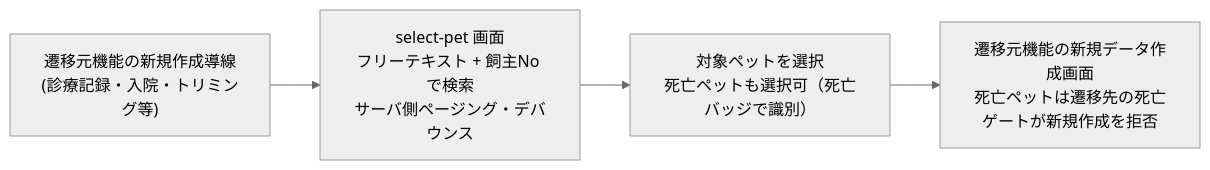
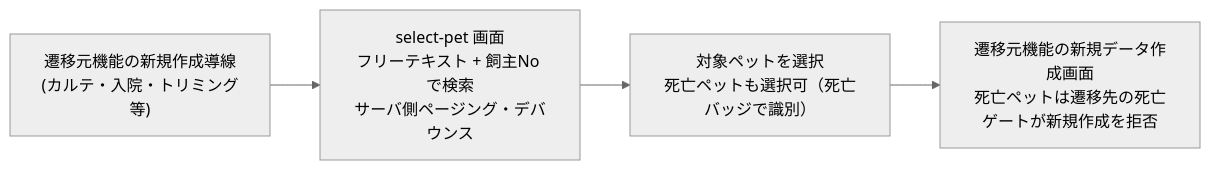
One commit to MinoruSoga/AnimalEkarte changed the diagram in docs/spec/screens/00-pet-selection.md. Above: the diagram before and after it, drawn with Mermaid (neutral theme). The commit also changed other lines of this file and 276 other files, not shown here.

````diff
--- a/docs/spec/screens/00-pet-selection.md
+++ b/docs/spec/screens/00-pet-selection.md
@@ -12,6 +12,6 @@
 ```mermaid
 flowchart LR
-    A["遷移元機能の新規作成導線<br>(診療記録・入院・トリミング等)"] --> B["select-pet 画面<br>フリーテキスト + 飼主No で検索<br>サーバ側ページング・デバウンス"]
+    A["遷移元機能の新規作成導線<br>(カルテ・入院・トリミング等)"] --> B["select-pet 画面<br>フリーテキスト + 飼主No で検索<br>サーバ側ページング・デバウンス"]
     B --> C["対象ペットを選択<br>死亡ペットも選択可（死亡バッジで識別）"]
     C --> D["遷移元機能の新規データ作成画面<br>死亡ペットは遷移先の死亡ゲートが新規作成を拒否"]
 ```
````
